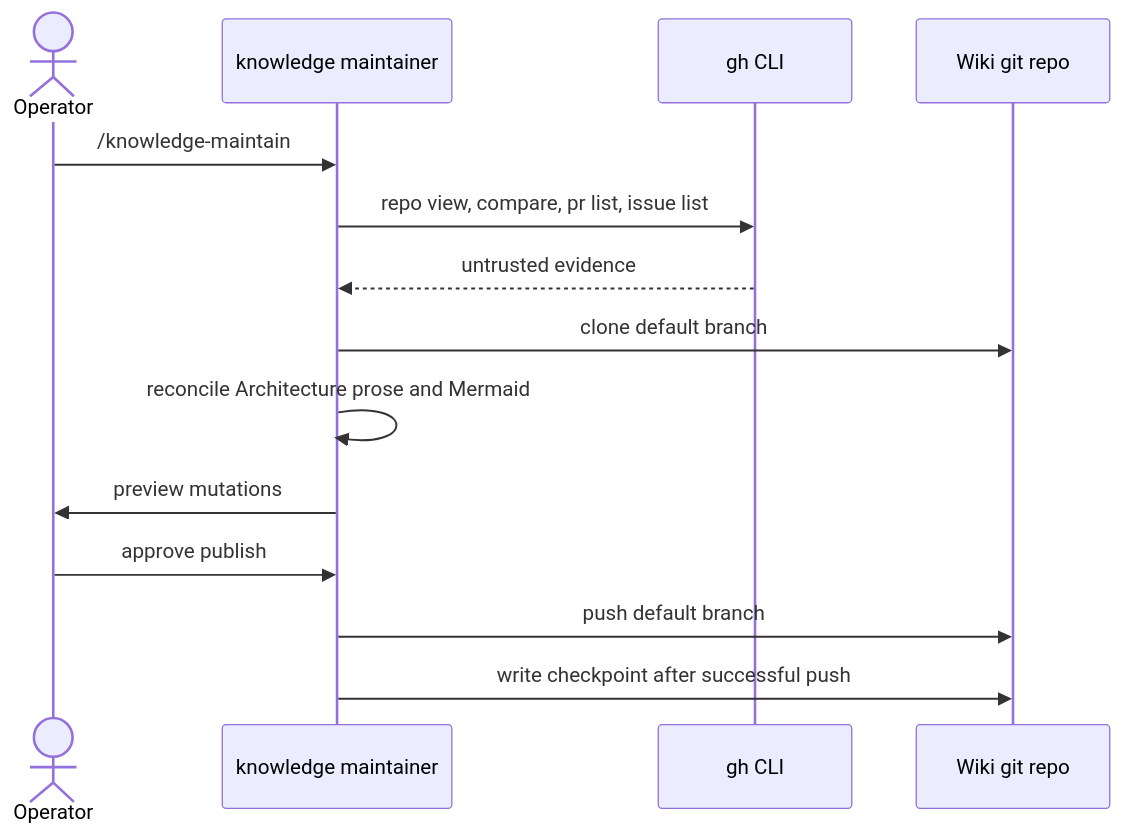
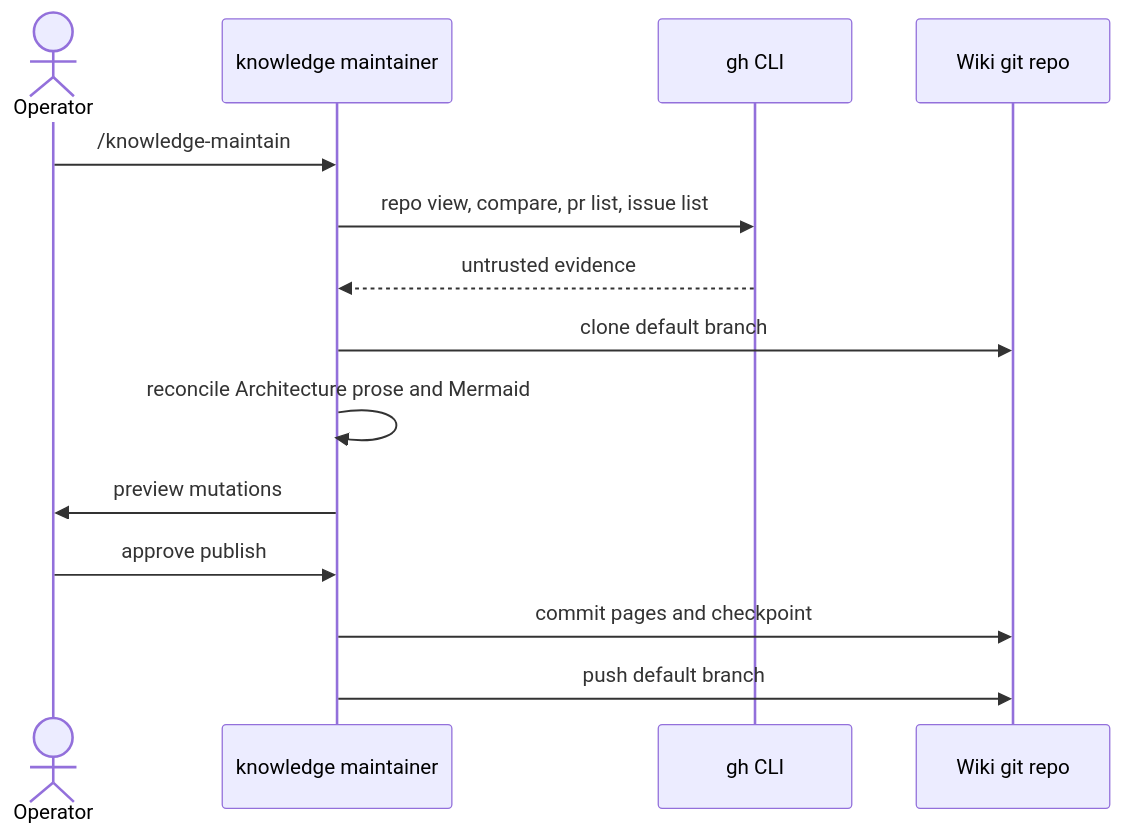
Before and after one commit to yu-iskw/github-project-skills: the second of 2 diagrams in skills/gh-knowledge-maintain/assets/Architecture-Overview.example.md, drawn with Mermaid. The commit also changed 30 other files, not shown here.

````diff
--- a/skills/gh-knowledge-maintain/assets/Architecture-Overview.example.md
+++ b/skills/gh-knowledge-maintain/assets/Architecture-Overview.example.md
@@ -53,16 +53,16 @@
 ```mermaid
 sequenceDiagram
   actor Operator
   participant Maintainer as knowledge maintainer
   participant Gh as gh CLI
   participant Wiki as Wiki git repo
   Operator->>Maintainer: /knowledge-maintain
   Maintainer->>Gh: repo view, compare, pr list, issue list
   Gh-->>Maintainer: untrusted evidence
   Maintainer->>Wiki: clone default branch
   Maintainer->>Maintainer: reconcile Architecture prose and Mermaid
   Maintainer->>Operator: preview mutations
   Operator->>Maintainer: approve publish
+  Maintainer->>Wiki: commit pages and checkpoint
   Maintainer->>Wiki: push default branch
-  Maintainer->>Wiki: write checkpoint after successful push
 ```
````
